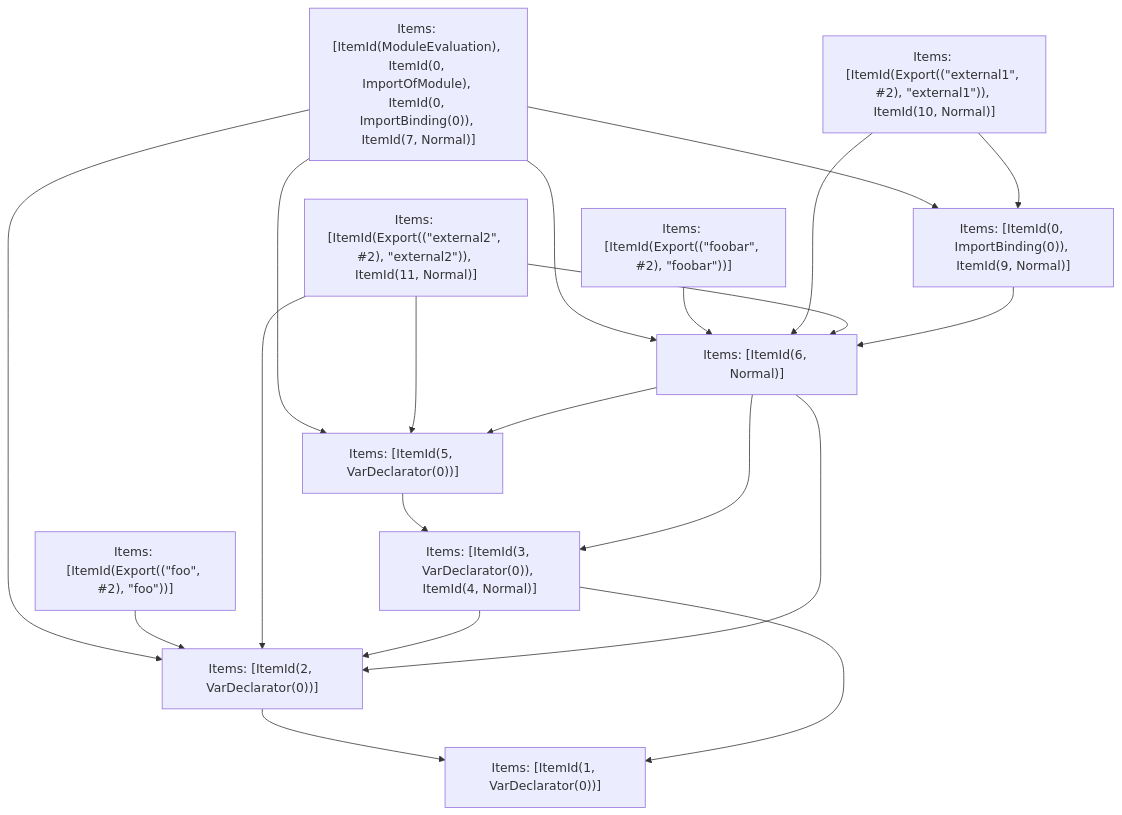
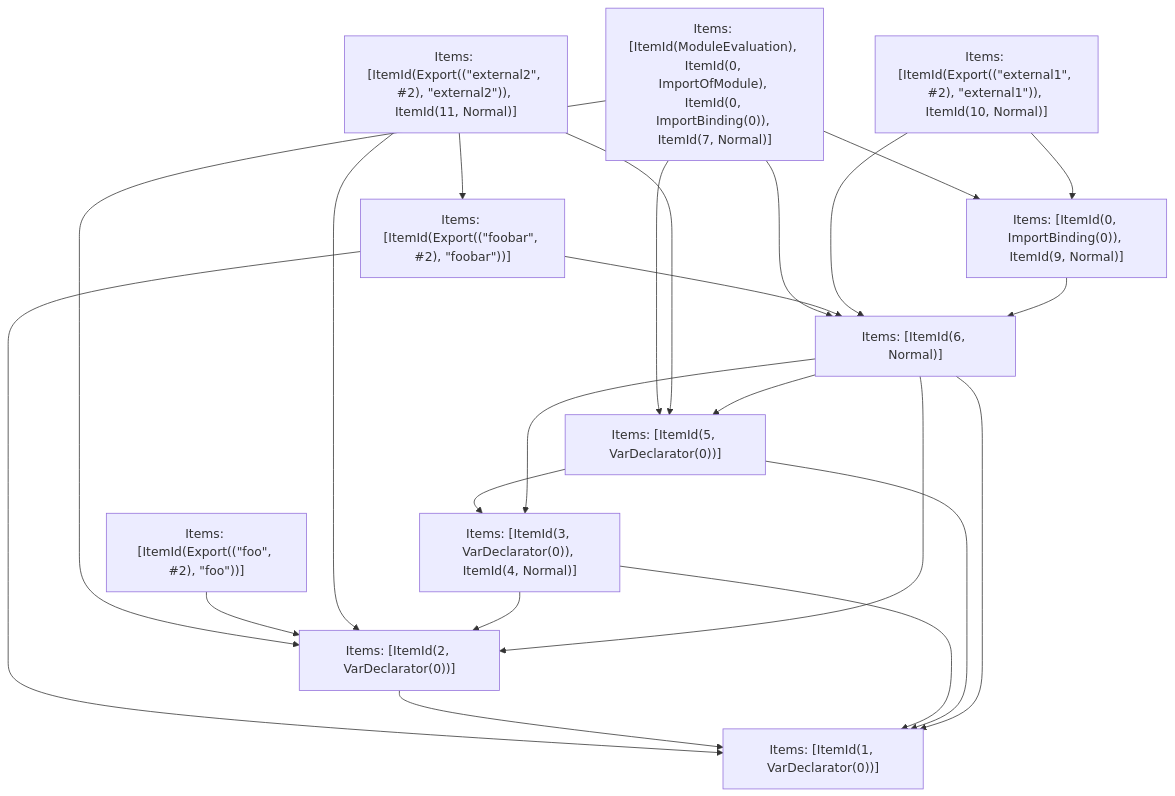
Before and after one commit to vercel/turborepo: the fifth of 5 diagrams in crates/turbopack-ecmascript/tests/tree-shaker/analyzer/1/output.md, drawn with Mermaid. The commit also changed other lines of this file and 22 other files, not shown here.

````diff
--- a/crates/turbopack-ecmascript/tests/tree-shaker/analyzer/1/output.md
+++ b/crates/turbopack-ecmascript/tests/tree-shaker/analyzer/1/output.md
@@ -326,33 +343,36 @@
 ```mermaid
 graph TD
     N0["Items: [ItemId(ModuleEvaluation), ItemId(0, ImportOfModule), ItemId(0, ImportBinding(0)), ItemId(7, Normal)]"];
     N1["Items: [ItemId(Export((&quot;foobar&quot;, #2), &quot;foobar&quot;))]"];
     N2["Items: [ItemId(Export((&quot;foo&quot;, #2), &quot;foo&quot;))]"];
     N3["Items: [ItemId(Export((&quot;external1&quot;, #2), &quot;external1&quot;)), ItemId(10, Normal)]"];
     N4["Items: [ItemId(Export((&quot;external2&quot;, #2), &quot;external2&quot;)), ItemId(11, Normal)]"];
     N5["Items: [ItemId(1, VarDeclarator(0))]"];
     N6["Items: [ItemId(2, VarDeclarator(0))]"];
     N7["Items: [ItemId(3, VarDeclarator(0)), ItemId(4, Normal)]"];
     N8["Items: [ItemId(5, VarDeclarator(0))]"];
     N9["Items: [ItemId(6, Normal)]"];
     N10["Items: [ItemId(0, ImportBinding(0)), ItemId(9, Normal)]"];
     N0 --> N8;
     N0 --> N10;
     N0 --> N9;
     N0 --> N6;
     N1 --> N9;
+    N1 --> N5;
     N2 --> N6;
     N3 --> N10;
     N3 --> N9;
     N4 --> N6;
     N4 --> N8;
-    N4 --> N9;
+    N4 --> N1;
     N6 --> N5;
     N7 --> N5;
     N7 --> N6;
     N8 --> N7;
+    N8 --> N5;
     N9 --> N7;
+    N9 --> N5;
     N9 --> N6;
     N9 --> N8;
     N10 --> N9;
 ```
````
